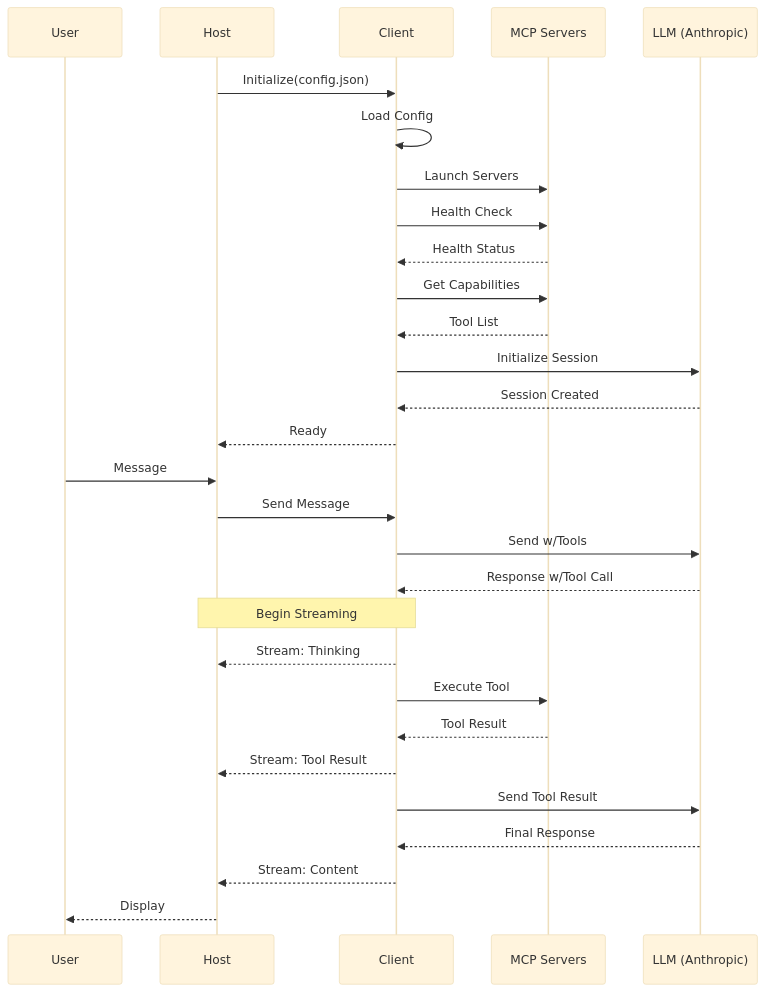
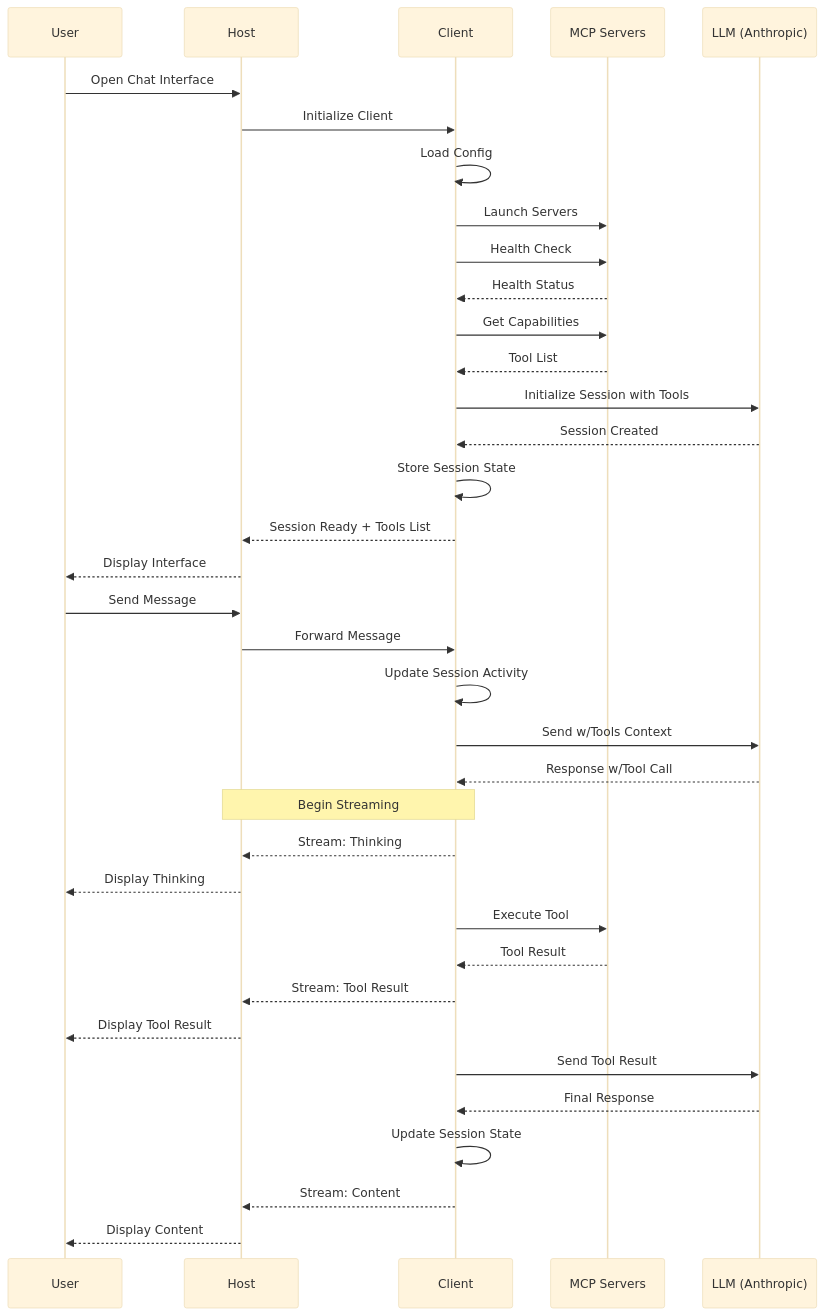
The diagram in dataflow.md (RinardNick/client_mcp), drawn with Mermaid (base theme) before and after one commit. The commit also changed other lines of this file and 1 other file, not shown here.

Commit message:
update data flow diagram to properly reflect persistence and memory responsibilities

````diff
--- a/dataflow.md
+++ b/dataflow.md
@@ -59,36 +64,45 @@
 ```mermaid
 sequenceDiagram
     participant U as User
     participant H as Host
     participant C as Client
     participant M as MCP Servers
     participant L as LLM (Anthropic)
 
-    H->>C: Initialize(config.json)
+    %% Initialization Flow
+    U->>H: Open Chat Interface
+    H->>C: Initialize Client
     C->>C: Load Config
     C->>M: Launch Servers
     C->>M: Health Check
     M-->>C: Health Status
     C->>M: Get Capabilities
     M-->>C: Tool List
-    C->>L: Initialize Session
+    C->>L: Initialize Session with Tools
     L-->>C: Session Created
-    C-->>H: Ready
+    C->>C: Store Session State
+    C-->>H: Session Ready + Tools List
+    H-->>U: Display Interface
 
-    U->>H: Message
-    H->>C: Send Message
-    C->>L: Send w/Tools
+    %% Message Flow
+    U->>H: Send Message
+    H->>C: Forward Message
+    C->>C: Update Session Activity
+    C->>L: Send w/Tools Context
     L-->>C: Response w/Tool Call
 
     Note over H,C: Begin Streaming
     C-->>H: Stream: Thinking
+    H-->>U: Display Thinking
 
     C->>M: Execute Tool
     M-->>C: Tool Result
     C-->>H: Stream: Tool Result
+    H-->>U: Display Tool Result
 
     C->>L: Send Tool Result
     L-->>C: Final Response
+    C->>C: Update Session State
     C-->>H: Stream: Content
-    H-->>U: Display
+    H-->>U: Display Content
 ```
````
